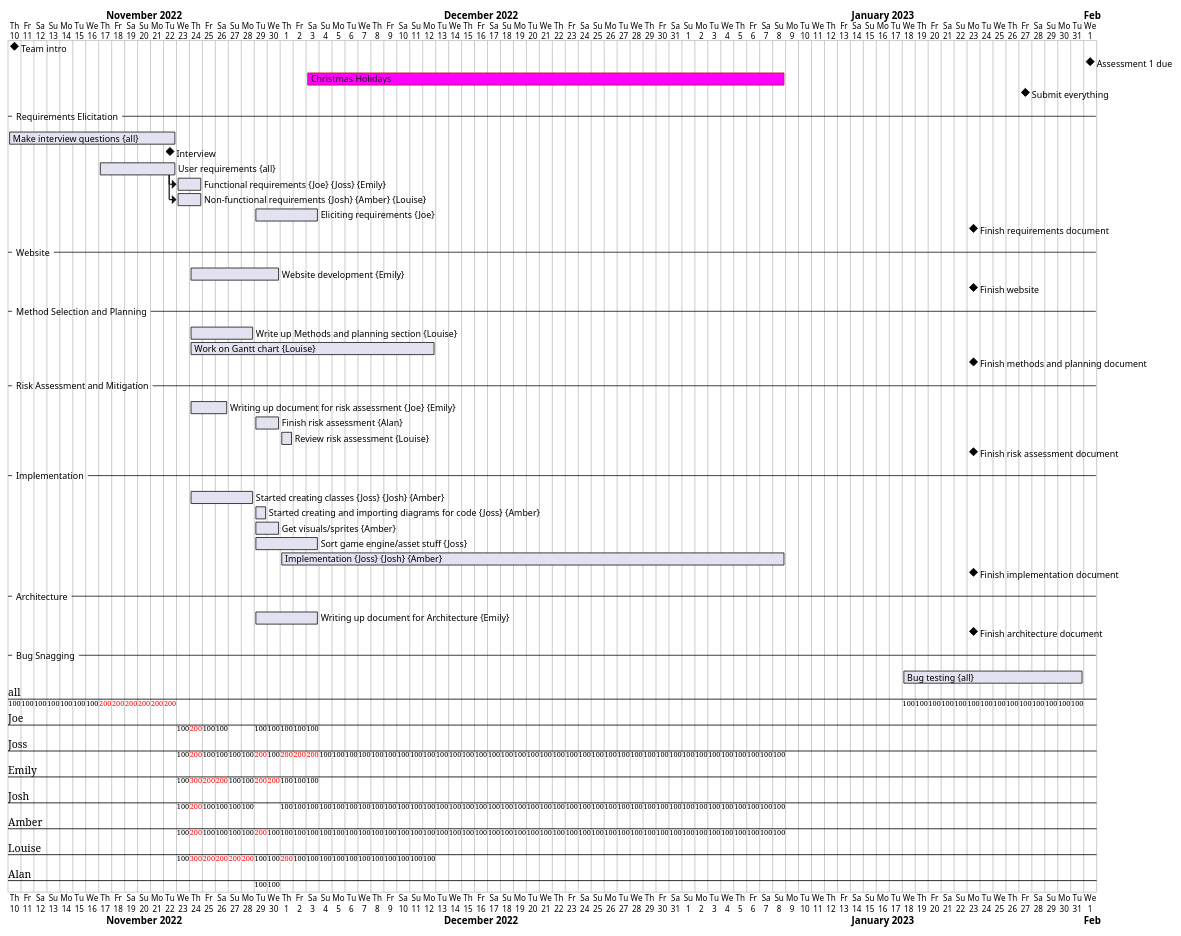
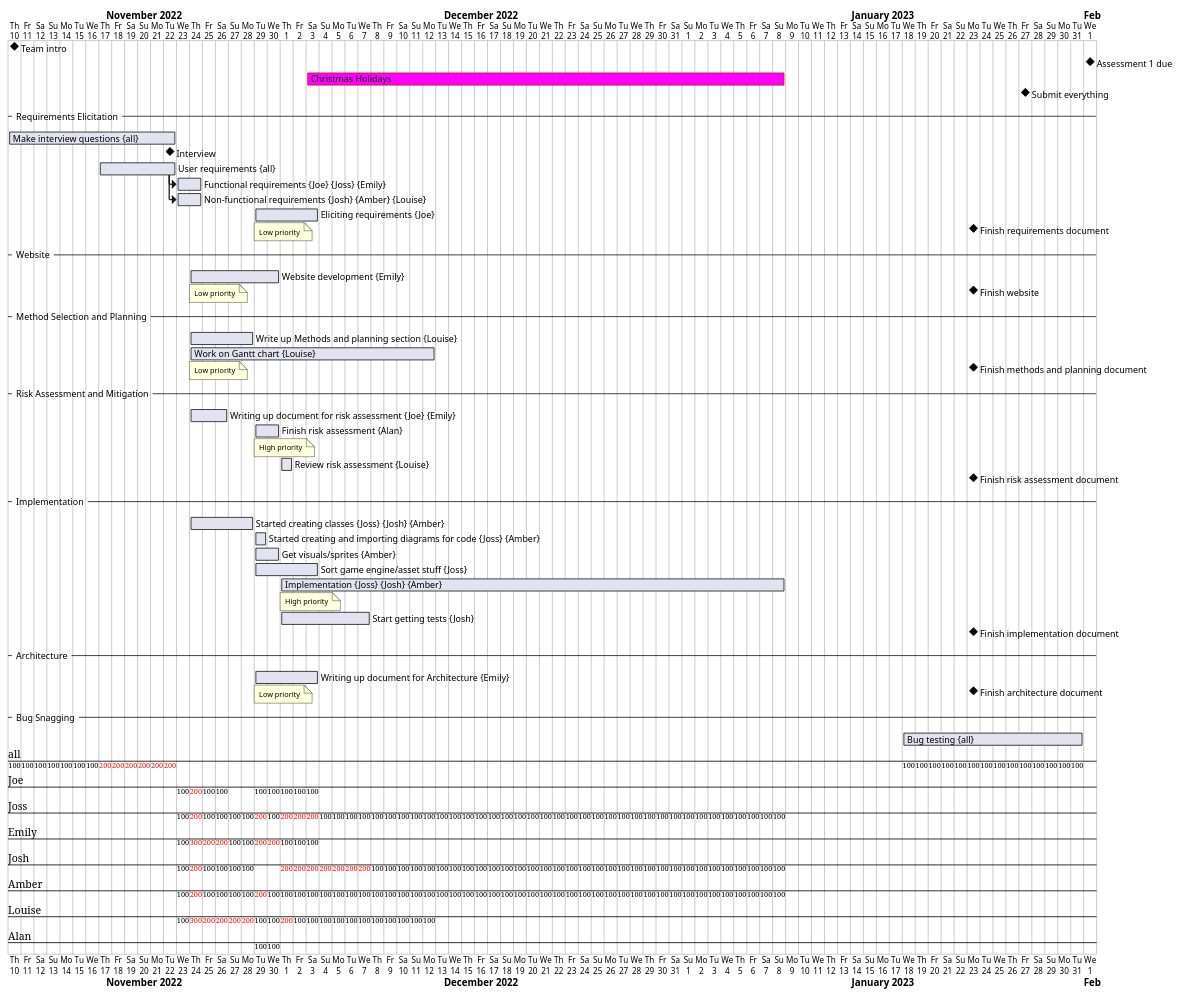
Before and after one commit to JMM889901/ENG1_Group24: the diagram in plantuml/gantt.plantuml, drawn with PlantUML. The commit also changed other lines of this file, not shown here.

```diff
--- a/plantuml/gantt.plantuml
+++ b/plantuml/gantt.plantuml
@@ -1,47 +1,66 @@
 @startgantt
 Project starts 2022-11-10
 [Team intro] happens at 2022-11-10
 [Assessment 1 due] happens at 2023-2-1
 [Christmas Holidays] starts 2022-12-3
 [Christmas Holidays] ends 2023-1-8
 [Christmas Holidays] is colored in Fuchsia/FireBrick
 [Submit everything] happens at 2023-1-27
 --Requirements Elicitation--
 [Make interview questions] on {all} lasts 13 days
 [Interview] happens at 2022-11-22
 [User requirements] on {all} starts 2022-11-17 and lasts 6 days
 [Functional requirements] on {Joe} {Joss} {Emily} lasts 4 days
 [Non-functional requirements] on {Josh} {Amber} {Louise} lasts 4 days
 [User requirements] -> [Functional requirements]
 [User requirements] -> [Non-functional requirements]
 [Eliciting requirements] on {Joe} starts 2022-11-29 and lasts 5 days
+note bottom
+Low priority
+end note
 [Finish requirements document] happens at 2023-1-23
 --Website--
 [Website development] on {Emily} starts 2022-11-24 and lasts 1 week
+note bottom
+Low priority
+end note
 [Finish website] happens at 2023-1-23
 --Method Selection and Planning--
 [Write up Methods and planning section] on {Louise} starts 2022-11-24
 [Write up Methods and planning section] ends 2022-11-28
 [Work on Gantt chart] on {Louise} starts 2022-11-24
 [Work on Gantt chart] ends 2022-12-12
+note bottom
+Low priority
+end note
 [Finish methods and planning document] happens at 2023-1-23
 --Risk Assessment and Mitigation--
 [Writing up document for risk assessment] on {Joe} {Emily} starts 2022-11-24 and lasts 5 days
 [Finish risk assessment] on {Alan} starts 2022-11-29 and lasts 2 days
+note bottom 
+High priority
+end note
 [Review risk assessment] on {Louise} starts 2022-12-1 and lasts 1 day
 [Finish risk assessment document] happens at 2023-1-23
 --Implementation--
 [Started creating classes] on {Joss} {Josh} {Amber} starts 2022-11-24 and lasts 2 weeks
 [Started creating and importing diagrams for code] on {Joss} {Amber} starts 2022-11-29
 [Get visuals/sprites] on {Amber} starts 2022-11-29
 [Get visuals/sprites] ends 2022-11-30
 [Sort game engine/asset stuff] on {Joss} starts 2022-11-29 and lasts 5 days
 [Implementation] on {Joss} {Josh} {Amber} starts 2022-12-1
 [Implementation] ends 2023-1-8
+note bottom
+High priority
+end note
+[Start getting tests] on {Josh} starts 2022-12-1 and lasts 1 week
 [Finish implementation document] happens at 2023-1-23
 --Architecture--
 [Writing up document for Architecture] on {Emily} starts 2022-11-29 and lasts 5 days
+note bottom 
+Low priority
+end note
 [Finish architecture document] happens at 2023-1-23
 --Bug Snagging--
 [Bug testing] on {all} starts 2023-1-18 and lasts 14 days
 @endgantt
```
